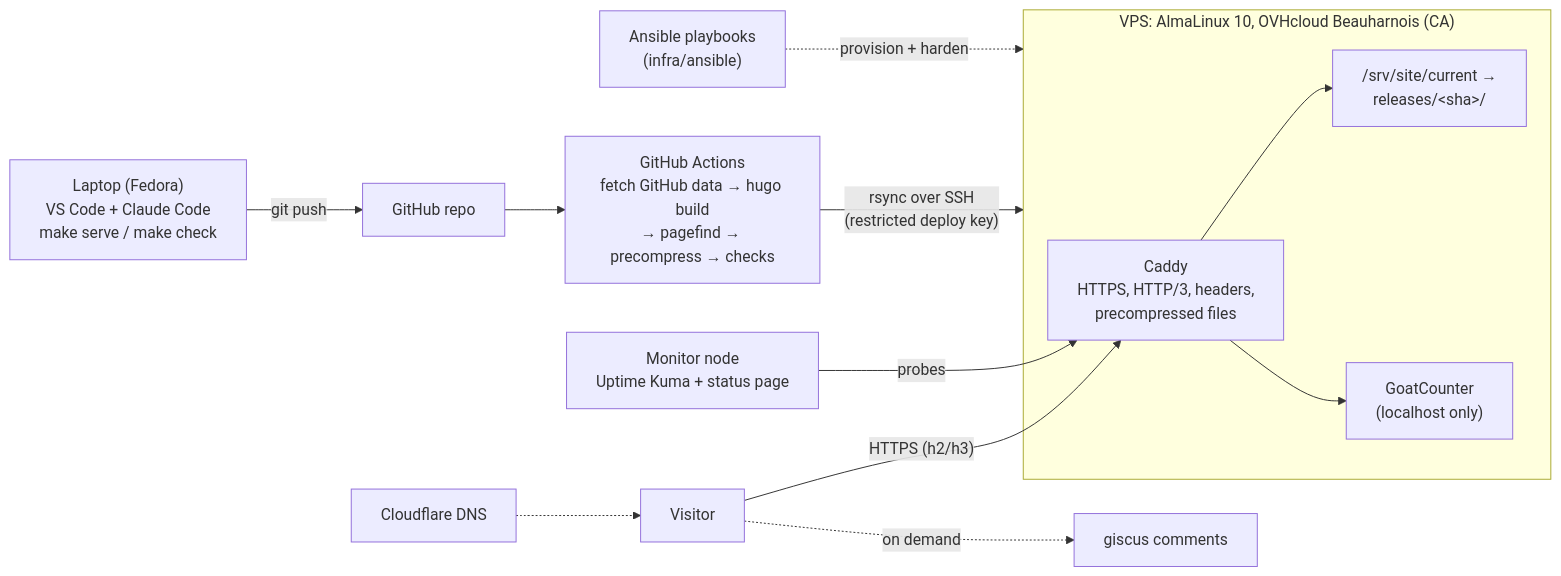
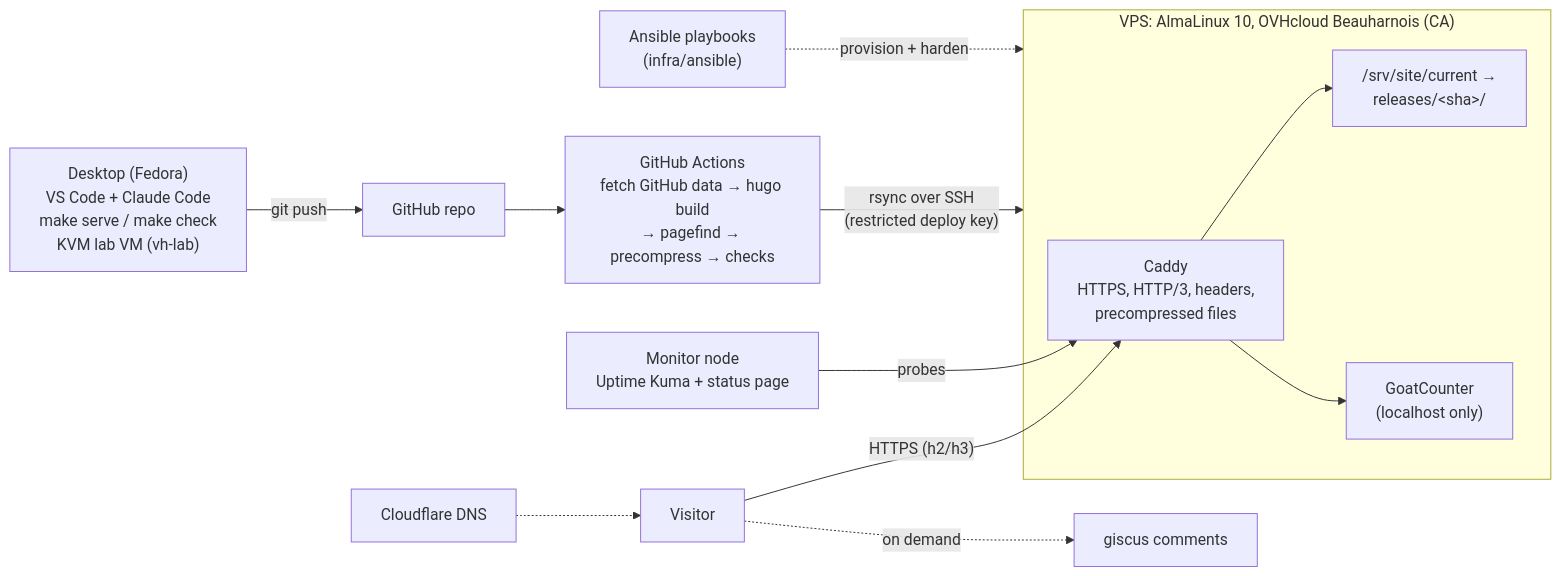
Before and after one commit to hervad/vadymherman.dev: the diagram in docs/architecture.md, drawn with Mermaid. The commit also changed 12 other files, not shown here.

Commit message:
infra: Ansible tooling, local KVM lab VM, fix group_vars location (step 1.3 piece 0)

````diff
--- a/docs/architecture.md
+++ b/docs/architecture.md
@@ -5,17 +5,17 @@
 ```mermaid
 flowchart LR
-    dev["Laptop (Fedora)<br/>VS Code + Claude Code<br/>make serve / make check"] -->|git push| gh["GitHub repo"]
+    dev["Desktop (Fedora)<br/>VS Code + Claude Code<br/>make serve / make check<br/>KVM lab VM (vh-lab)"] -->|git push| gh["GitHub repo"]
     gh --> ci["GitHub Actions<br/>fetch GitHub data → hugo build<br/>→ pagefind → precompress → checks"]
     ci -->|"rsync over SSH<br/>(restricted deploy key)"| vps
 
     subgraph vps["VPS: AlmaLinux 10, OVHcloud Beauharnois (CA)"]
         caddy["Caddy<br/>HTTPS, HTTP/3, headers,<br/>precompressed files"] --> current["/srv/site/current →<br/>releases/&lt;sha&gt;/"]
         caddy --> goat["GoatCounter<br/>(localhost only)"]
     end
 
     ansible["Ansible playbooks<br/>(infra/ansible)"] -.->|provision + harden| vps
     visitor["Visitor"] -->|"HTTPS (h2/h3)"| caddy
     visitor -.->|on demand| giscus["giscus comments"]
     monitor["Monitor node<br/>Uptime Kuma + status page"] -->|probes| caddy
     dns["Cloudflare DNS"] -.-> visitor
 ```
````
